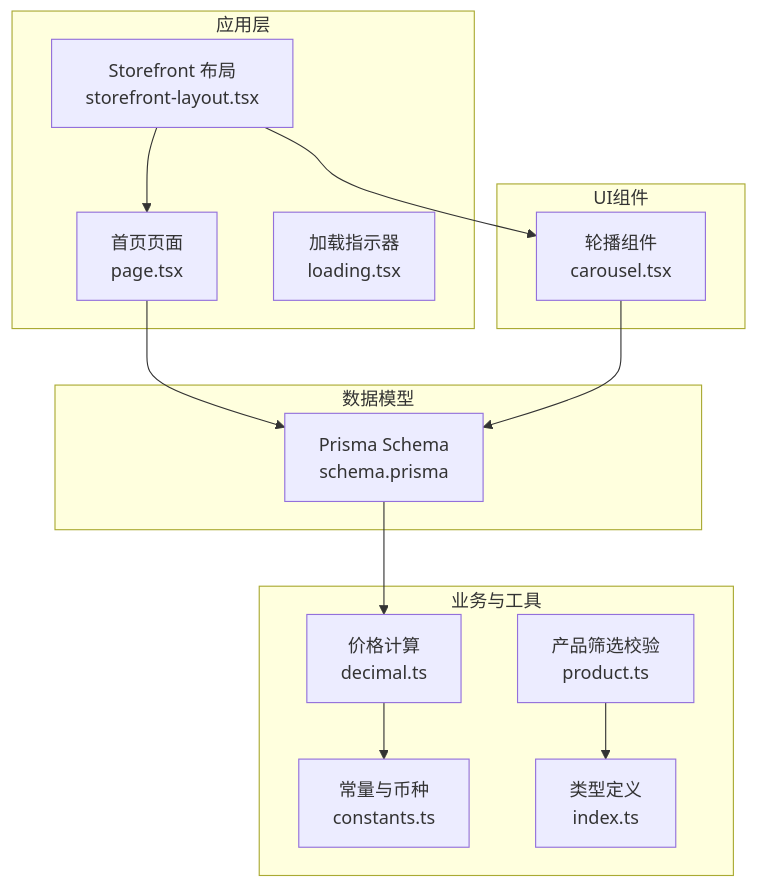
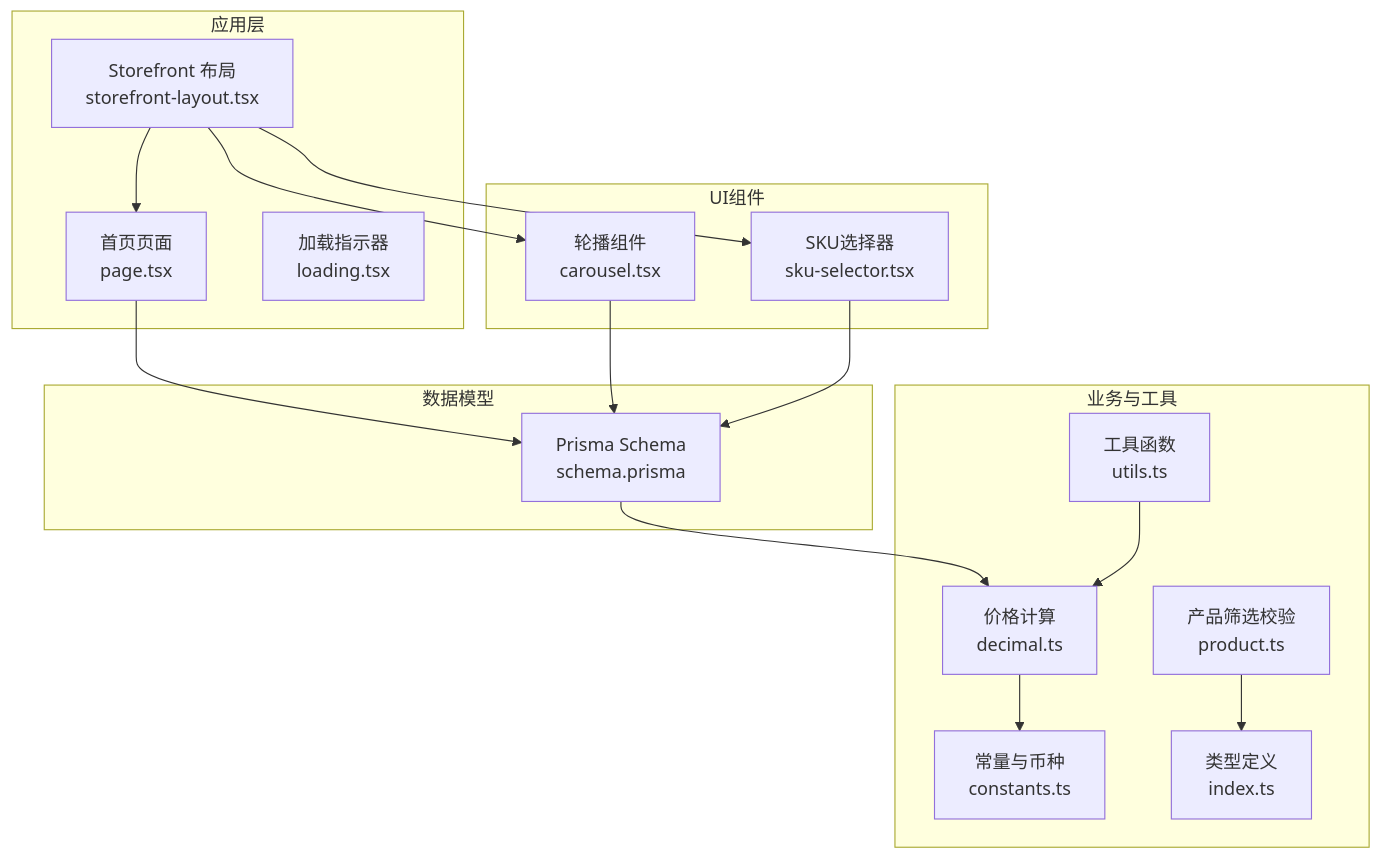
Before and after one commit to three3638-arch/celestia_2b: the first of 8 diagrams in .qoder/repowiki/zh/content/前台商店系统/商品展示系统/商品详情页面.md, drawn with Mermaid. The commit also changed other lines of this file and 5 other files, not shown here.

````diff
--- a/.qoder/repowiki/zh/content/前台商店系统/商品展示系统/商品详情页面.md
+++ b/.qoder/repowiki/zh/content/前台商店系统/商品展示系统/商品详情页面.md
@@ -48,27 +57,32 @@
 ```mermaid
 graph TB
 subgraph "应用层"
 A["Storefront 布局<br/>storefront-layout.tsx"]
 B["首页页面<br/>page.tsx"]
 C["加载指示器<br/>loading.tsx"]
 end
 subgraph "UI组件"
 D["轮播组件<br/>carousel.tsx"]
+E["SKU选择器<br/>sku-selector.tsx"]
 end
 subgraph "业务与工具"
-E["价格计算<br/>decimal.ts"]
-F["常量与币种<br/>constants.ts"]
-G["产品筛选校验<br/>product.ts"]
-H["类型定义<br/>index.ts"]
+F["价格计算<br/>decimal.ts"]
+G["常量与币种<br/>constants.ts"]
+H["产品筛选校验<br/>product.ts"]
+I["工具函数<br/>utils.ts"]
+J["类型定义<br/>index.ts"]
 end
 subgraph "数据模型"
-I["Prisma Schema<br/>schema.prisma"]
+K["Prisma Schema<br/>schema.prisma"]
 end
 A --> B
 A --> D
-B --> I
-D --> I
-E --> F
-G --> H
-I --> E
+A --> E
+B --> K
+D --> K
+E --> K
+F --> G
+H --> J
+K --> F
+I --> F
 ```
````
